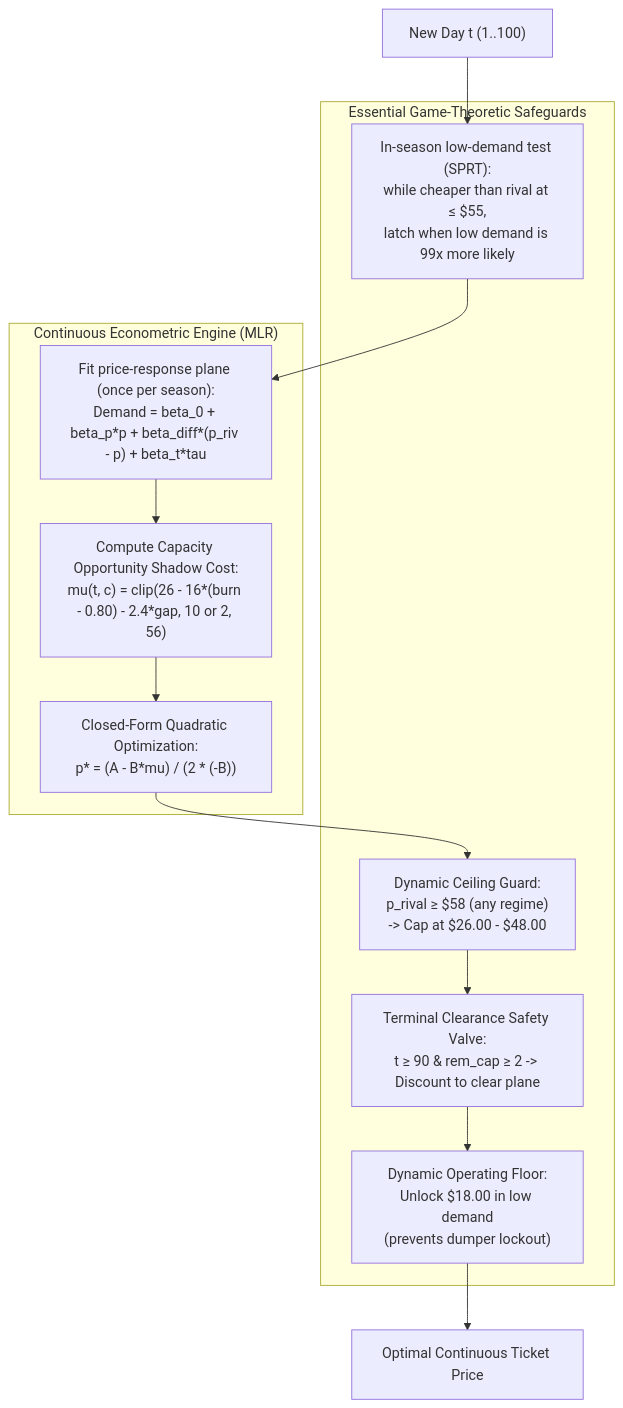
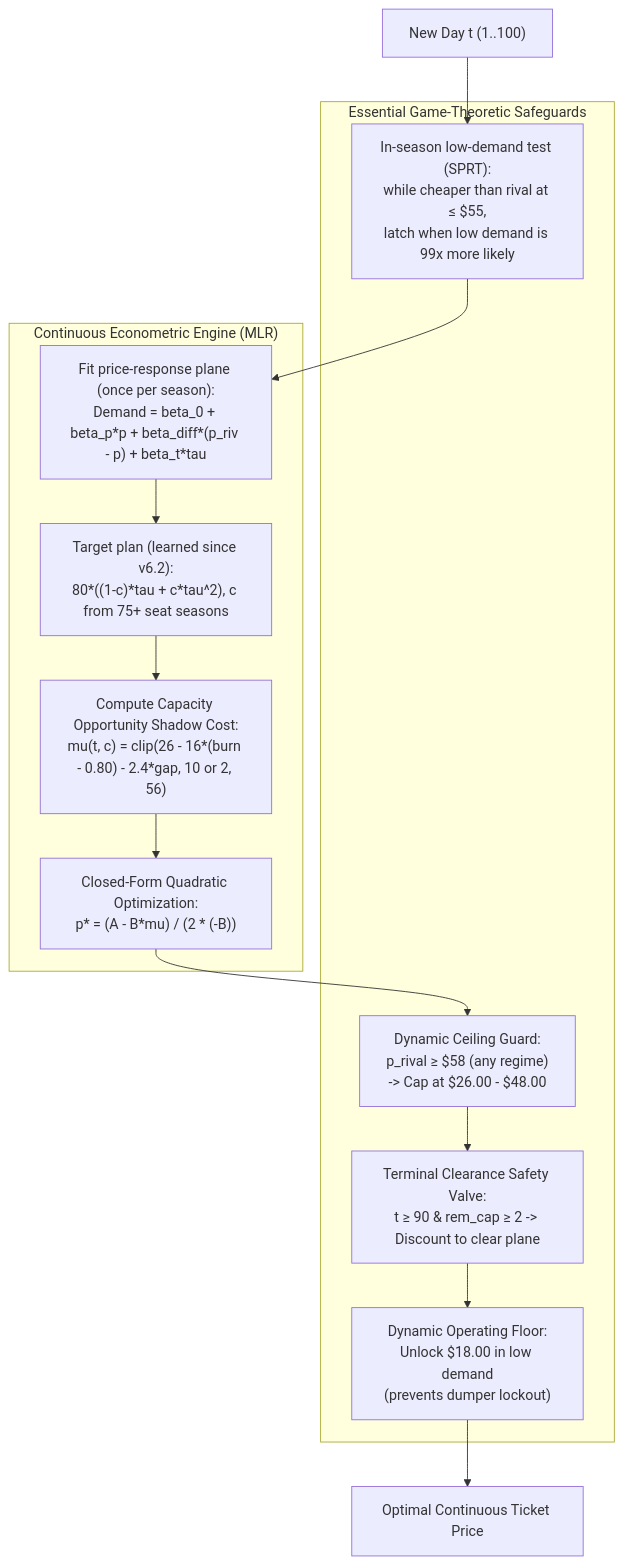
The fourth of 4 diagrams in PRESENTATION.md (RamezCh/Learning-Optimization), drawn with Mermaid before and after one commit. The commit also changed other lines of this file and 23 other files, not shown here.

````diff
--- a/PRESENTATION.md
+++ b/PRESENTATION.md
@@ -196,17 +199,18 @@
 ```mermaid
 flowchart TD
     subgraph "Essential Game-Theoretic Safeguards"
         G1["In-season low-demand test (SPRT):<br/>while cheaper than rival at ≤ $55,<br/>latch when low demand is 99x more likely"]
         G2["Dynamic Ceiling Guard:<br/>p_rival ≥ $58 (any regime)<br/>-> Cap at $26.00 - $48.00"]
         G3["Dynamic Operating Floor:<br/>Unlock $18.00 in low demand<br/>(prevents dumper lockout)"]
         G4["Terminal Clearance Safety Valve:<br/>t ≥ 90 & rem_cap ≥ 2 -> Discount to clear plane"]
     end
 
     subgraph "Continuous Econometric Engine (MLR)"
         M1["Fit price-response plane (once per season):<br/>Demand = beta_0 + beta_p*p + beta_diff*(p_riv - p) + beta_t*tau"]
+        M0["Target plan (learned since v6.2):<br/>80*((1-c)*tau + c*tau^2), c from 75+ seat seasons"]
         M2["Compute Capacity Opportunity Shadow Cost:<br/>mu(t, c) = clip(26 - 16*(burn - 0.80) - 2.4*gap, 10 or 2, 56)"]
         M3["Closed-Form Quadratic Optimization:<br/>p* = (A - B*mu) / (2 * (-B))"]
     end
 
-    Input["New Day t (1..100)"] --> G1 --> M1 --> M2 --> M3 --> G2 --> G4 --> G3 --> Output["Optimal Continuous Ticket Price"]
+    Input["New Day t (1..100)"] --> G1 --> M1 --> M0 --> M2 --> M3 --> G2 --> G4 --> G3 --> Output["Optimal Continuous Ticket Price"]
 ```
````
